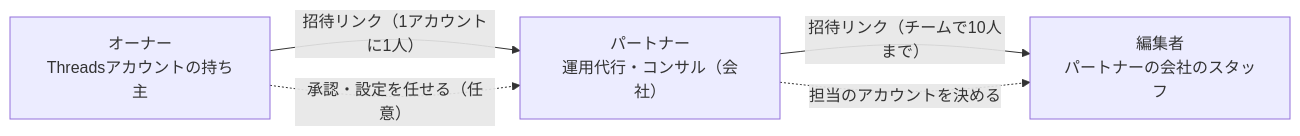
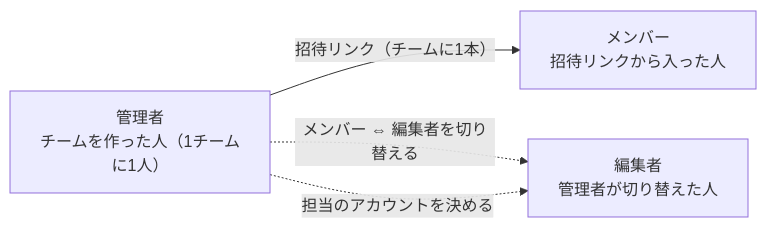
Before and after one commit to takumi-okuya-dev/meguru-app: the first of 2 diagrams in docs/team-roles.md, drawn with Mermaid. The commit also changed other lines of this file and 117 other files, not shown here.

````diff
--- a/docs/team-roles.md
+++ b/docs/team-roles.md
@@ -7,10 +12,9 @@
 ```mermaid
 flowchart LR
-  O["オーナー<br/>Threadsアカウントの持ち主"]
-  P["パートナー<br/>運用代行・コンサル（会社）"]
-  E["編集者<br/>パートナーの会社のスタッフ"]
-  O -- "招待リンク（1アカウントに1人）" --> P
-  O -. "承認・設定を任せる（任意）" .-> P
-  P -- "招待リンク（チームで10人まで）" --> E
-  P -. "担当のアカウントを決める" .-> E
+  A["管理者<br/>チームを作った人（1チームに1人）"]
+  M["メンバー<br/>招待リンクから入った人"]
+  E["編集者<br/>管理者が切り替えた人"]
+  A -- "招待リンク（チームに1本）" --> M
+  A -. "メンバー ⇔ 編集者を切り替える" .-> E
+  A -. "担当のアカウントを決める" .-> E
 ```
````
